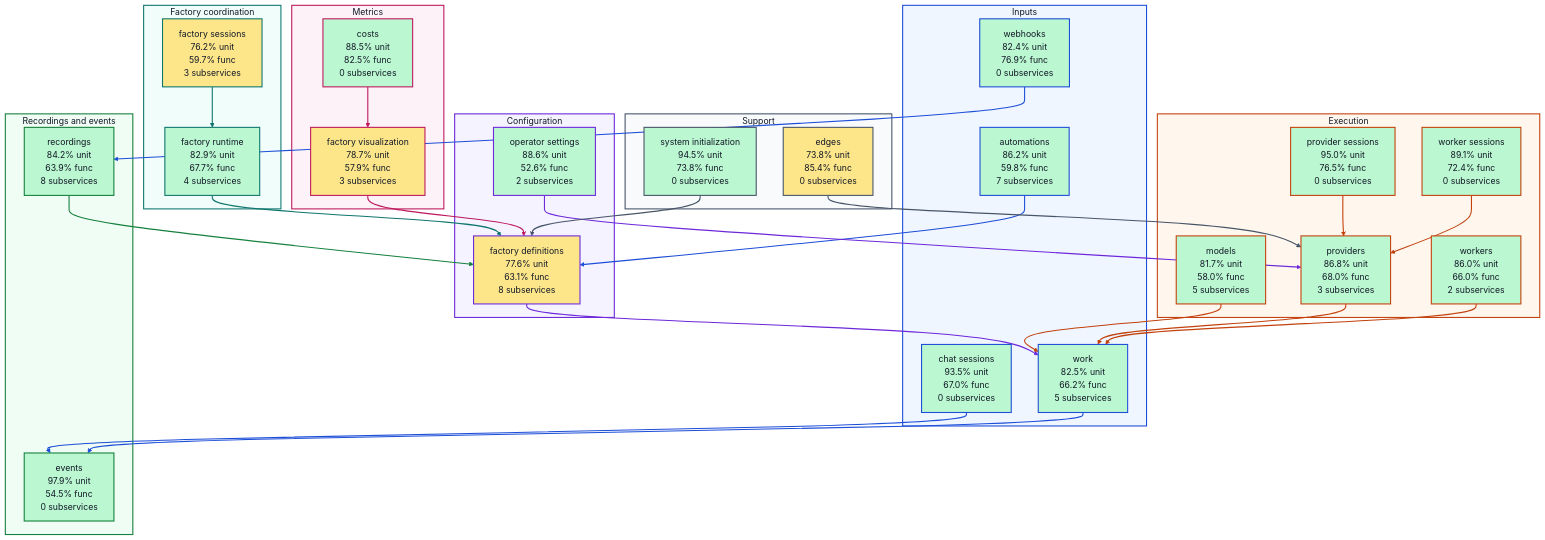
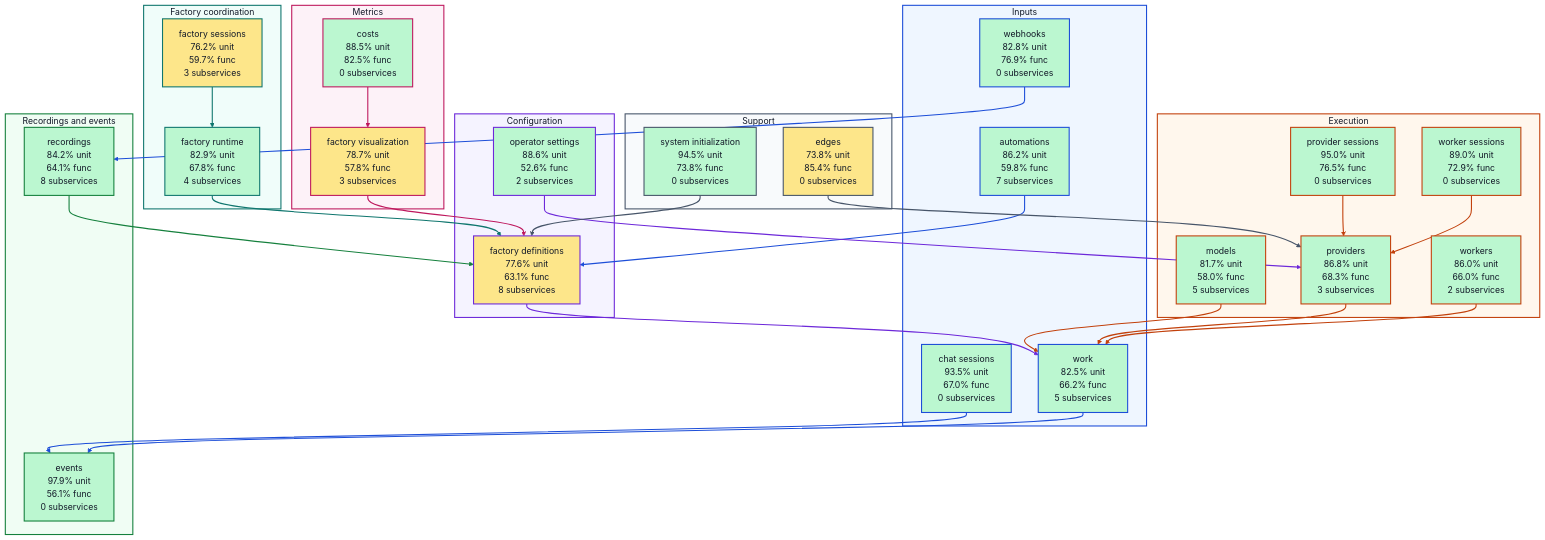
Before and after one commit to portpowered/you-agent-factory: the diagram in docs/architecture/visualizations/high-level-test-coverage.md, drawn with Mermaid. The commit also changed other lines of this file and 20 other files, not shown here.

Commit message:
docs: refresh backend architecture visualizations

```diff
--- a/docs/architecture/visualizations/high-level-test-coverage.md
+++ b/docs/architecture/visualizations/high-level-test-coverage.md
@@ -13,7 +13,7 @@
   subgraph input["Inputs"]
     s_services_automations["automations<br/>86.2% unit<br/>59.8% func<br/>7 subservices"]
     s_services_chat_sessions["chat sessions<br/>93.5% unit<br/>67.0% func<br/>0 subservices"]
-    s_services_webhooks["webhooks<br/>82.4% unit<br/>76.9% func<br/>0 subservices"]
+    s_services_webhooks["webhooks<br/>82.8% unit<br/>76.9% func<br/>0 subservices"]
     s_services_work["work<br/>82.5% unit<br/>66.2% func<br/>5 subservices"]
   end
   subgraph configuration["Configuration"]
@@ -21,23 +21,23 @@
     s_services_operator_settings["operator settings<br/>88.6% unit<br/>52.6% func<br/>2 subservices"]
   end
   subgraph coordination["Factory coordination"]
-    s_services_factory_runtime["factory runtime<br/>82.9% unit<br/>67.7% func<br/>4 subservices"]
+    s_services_factory_runtime["factory runtime<br/>82.9% unit<br/>67.8% func<br/>4 subservices"]
     s_services_factory_sessions["factory sessions<br/>76.2% unit<br/>59.7% func<br/>3 subservices"]
   end
   subgraph execution["Execution"]
     s_services_models["models<br/>81.7% unit<br/>58.0% func<br/>5 subservices"]
     s_services_provider_sessions["provider sessions<br/>95.0% unit<br/>76.5% func<br/>0 subservices"]
-    s_services_providers["providers<br/>86.8% unit<br/>68.0% func<br/>3 subservices"]
-    s_services_worker_sessions["worker sessions<br/>89.1% unit<br/>72.4% func<br/>0 subservices"]
+    s_services_providers["providers<br/>86.8% unit<br/>68.3% func<br/>3 subservices"]
+    s_services_worker_sessions["worker sessions<br/>89.0% unit<br/>72.9% func<br/>0 subservices"]
     s_services_workers["workers<br/>86.0% unit<br/>66.0% func<br/>2 subservices"]
   end
   subgraph recordings["Recordings and events"]
-    s_services_events["events<br/>97.9% unit<br/>54.5% func<br/>0 subservices"]
-    s_services_recordings["recordings<br/>84.2% unit<br/>63.9% func<br/>8 subservices"]
+    s_services_events["events<br/>97.9% unit<br/>56.1% func<br/>0 subservices"]
+    s_services_recordings["recordings<br/>84.2% unit<br/>64.1% func<br/>8 subservices"]
   end
   subgraph metrics["Metrics"]
     s_services_costs["costs<br/>88.5% unit<br/>82.5% func<br/>0 subservices"]
-    s_services_factory_visualization["factory visualization<br/>78.7% unit<br/>57.9% func<br/>3 subservices"]
+    s_services_factory_visualization["factory visualization<br/>78.7% unit<br/>57.8% func<br/>3 subservices"]
   end
   subgraph support["Support"]
     s_services_edges["edges<br/>73.8% unit<br/>85.4% func<br/>0 subservices"]
```
